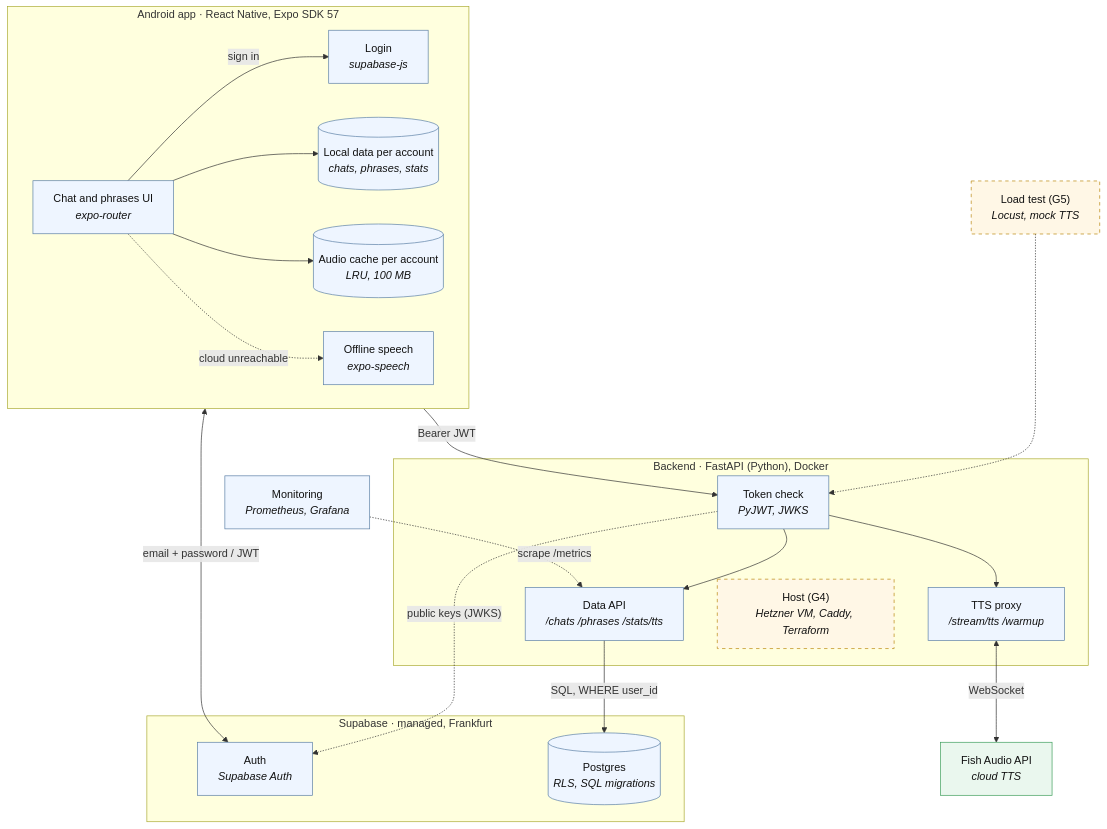
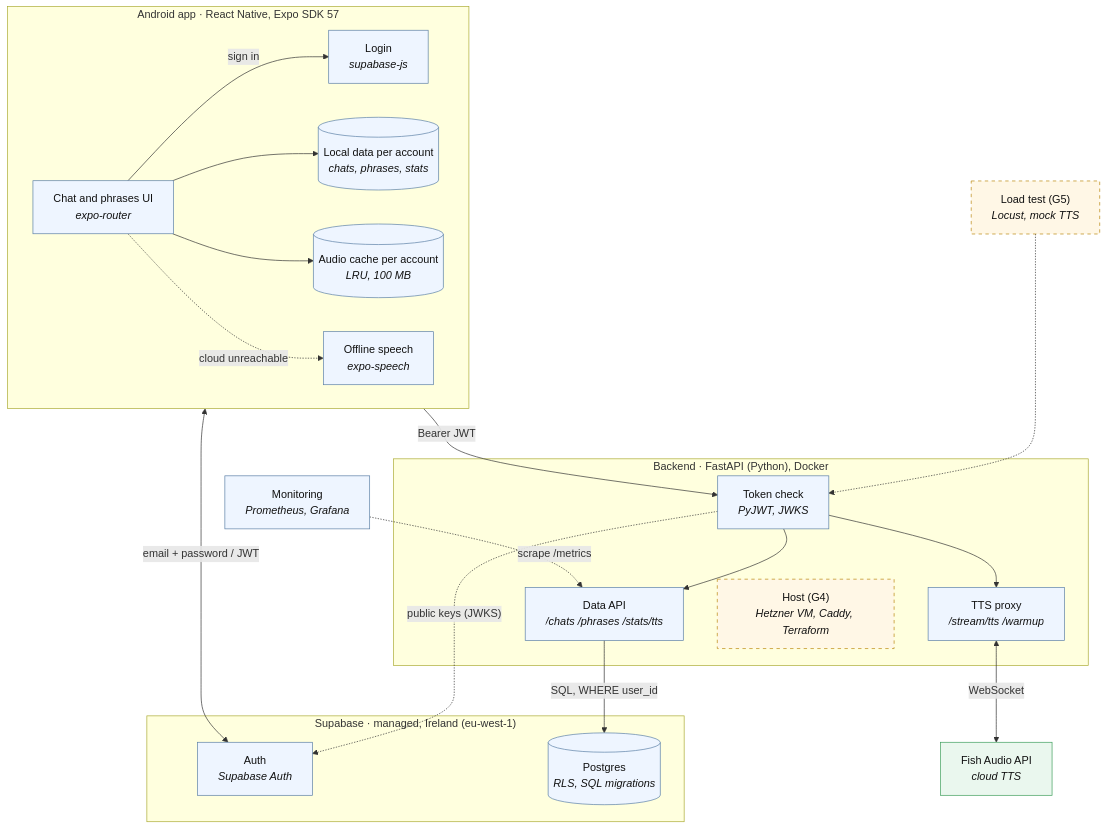
The first of 2 diagrams in docs/architecture.md (seiferla/My-Echo), drawn with Mermaid before and after one commit. The commit also changed other lines of this file and 6 other files, not shown here.

First line of the commit message:
feat(privacy): schema security tests, no message text in logs, data inventory, correct Supabase region

````diff
--- a/docs/architecture.md
+++ b/docs/architecture.md
@@ -11,45 +11,45 @@
 ```mermaid
 flowchart TB
     classDef done fill:#eef5ff,stroke:#5b7fa6,color:#111
     classDef planned fill:#fff7e6,stroke:#b8860b,color:#111,stroke-dasharray:5 5
     classDef ext fill:#eaf7ee,stroke:#3c9d5a,color:#111
 
     subgraph device["Android app · React Native, Expo SDK 57"]
         direction LR
         ui["Chat and phrases UI<br/><i>expo-router</i>"]:::done
         login["Login<br/><i>supabase-js</i>"]:::done
         local[("Local data per account<br/><i>chats, phrases, stats</i>")]:::done
         acache[("Audio cache per account<br/><i>LRU, 100 MB</i>")]:::done
         speech["Offline speech<br/><i>expo-speech</i>"]:::done
     end
 
-    subgraph supa["Supabase · managed, Frankfurt"]
+    subgraph supa["Supabase · managed, Ireland (eu-west-1)"]
         sauth["Auth<br/><i>Supabase Auth</i>"]:::done
         pg[("Postgres<br/><i>RLS, SQL migrations</i>")]:::done
     end
 
     subgraph backend["Backend · FastAPI (Python), Docker"]
         verify["Token check<br/><i>PyJWT, JWKS</i>"]:::done
         api["Data API<br/><i>/chats /phrases /stats/tts</i>"]:::done
         tts["TTS proxy<br/><i>/stream/tts /warmup</i>"]:::done
         host["Host (G4)<br/><i>Hetzner VM, Caddy, Terraform</i>"]:::planned
     end
 
     fish["Fish Audio API<br/><i>cloud TTS</i>"]:::ext
     mon["Monitoring<br/><i>Prometheus, Grafana</i>"]:::done
     load["Load test (G5)<br/><i>Locust, mock TTS</i>"]:::planned
 
     ui -->|"sign in"| login
     ui --> local
     ui --> acache
     ui -.->|"cloud unreachable"| speech
     login <-->|"email + password / JWT"| sauth
     ui -->|"Bearer JWT"| verify
     verify --> api
     verify --> tts
     verify -.->|"public keys (JWKS)"| sauth
     api -->|"SQL, WHERE user_id"| pg
     tts <-->|"WebSocket"| fish
     mon -.->|"scrape /metrics"| api
     load -.-> verify
 ```
````
